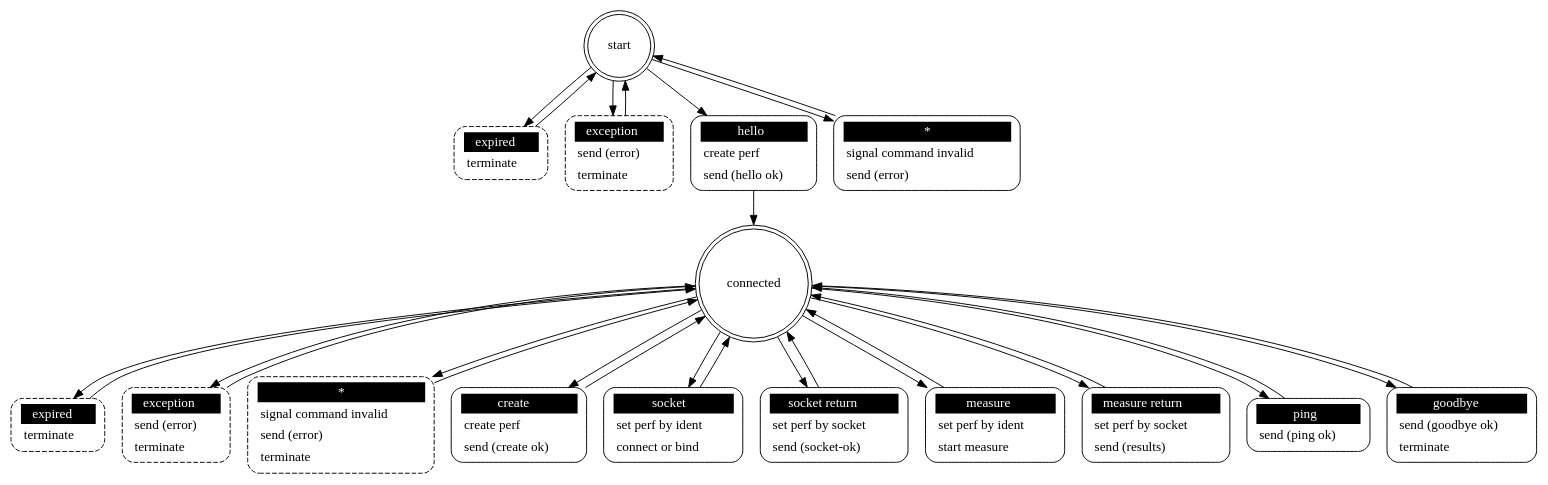
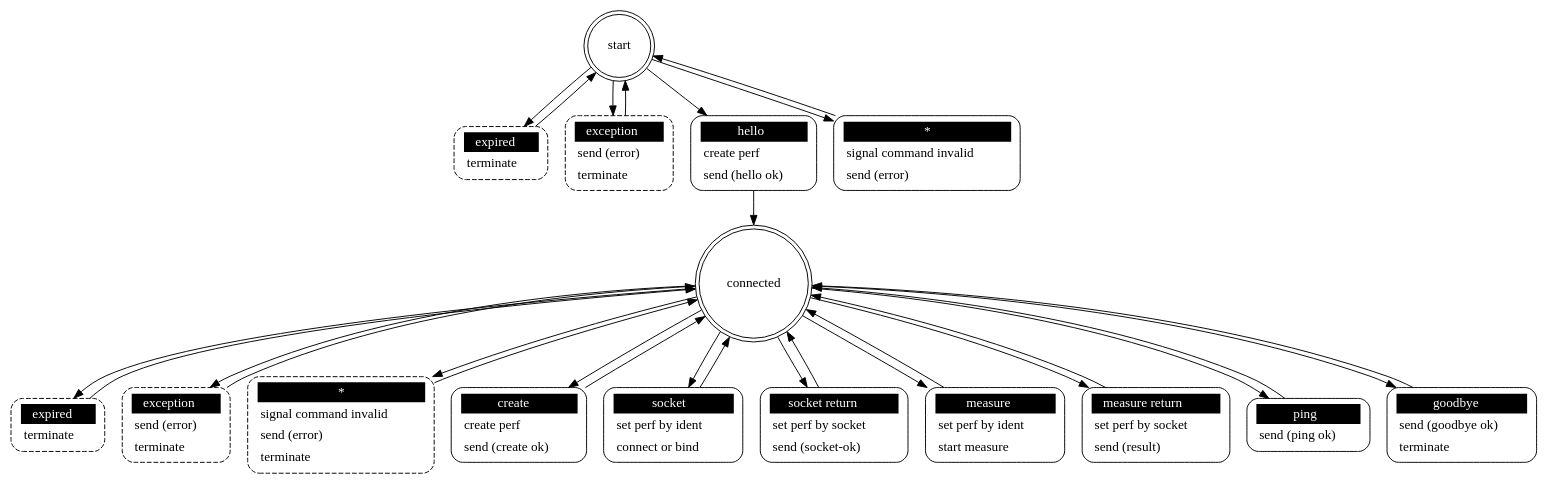
The diagram in src/zperf_server.dot (brettviren/zperfmq), drawn with Graphviz before and after one commit. The commit also changed 2 other files, not shown here.

```diff
--- a/src/zperf_server.dot
+++ b/src/zperf_server.dot
@@ -1,49 +1,49 @@
 ## Automatically generated from zperf_server.xml by gsl
 digraph "zperf_server" {
 
  "start" [shape = "doublecircle"];
  "start expired" [shape = "Mrecord" style = dashed label = <<table border="0" cellborder="0" cellpadding="3" bgcolor="white"><tr><td bgcolor="black" align="center" colspan="2"><font color="white">expired</font></td></tr><tr><td align="left" port="r3">terminate</td></tr></table>>];
  "start" -> "start expired";
  "start expired" -> "start";
  "start exception" [shape = "Mrecord" style = dashed label = <<table border="0" cellborder="0" cellpadding="3" bgcolor="white"><tr><td bgcolor="black" align="center" colspan="2"><font color="white">exception</font></td></tr><tr><td align="left" port="r3">send (error)</td></tr><tr><td align="left" port="r3">terminate</td></tr></table>>];
  "start" -> "start exception";
  "start exception" -> "start";
  "start hello" [shape = "Mrecord" style = solid label = <<table border="0" cellborder="0" cellpadding="3" bgcolor="white"><tr><td bgcolor="black" align="center" colspan="2"><font color="white">hello</font></td></tr><tr><td align="left" port="r3">create perf</td></tr><tr><td align="left" port="r3">send (hello ok)</td></tr></table>>];
  "start" -> "start hello";
  "start hello" -> "connected";
  "start *" [shape = "Mrecord" style = solid label = <<table border="0" cellborder="0" cellpadding="3" bgcolor="white"><tr><td bgcolor="black" align="center" colspan="2"><font color="white">*</font></td></tr><tr><td align="left" port="r3">signal command invalid</td></tr><tr><td align="left" port="r3">send (error)</td></tr></table>>];
  "start" -> "start *";
  "start *" -> "start";
 
  "connected" [shape = "doublecircle"];
  "connected expired" [shape = "Mrecord" style = dashed label = <<table border="0" cellborder="0" cellpadding="3" bgcolor="white"><tr><td bgcolor="black" align="center" colspan="2"><font color="white">expired</font></td></tr><tr><td align="left" port="r3">terminate</td></tr></table>>];
  "connected" -> "connected expired";
  "connected expired" -> "connected";
  "connected exception" [shape = "Mrecord" style = dashed label = <<table border="0" cellborder="0" cellpadding="3" bgcolor="white"><tr><td bgcolor="black" align="center" colspan="2"><font color="white">exception</font></td></tr><tr><td align="left" port="r3">send (error)</td></tr><tr><td align="left" port="r3">terminate</td></tr></table>>];
  "connected" -> "connected exception";
  "connected exception" -> "connected";
  "connected *" [shape = "Mrecord" style = dashed label = <<table border="0" cellborder="0" cellpadding="3" bgcolor="white"><tr><td bgcolor="black" align="center" colspan="2"><font color="white">*</font></td></tr><tr><td align="left" port="r3">signal command invalid</td></tr><tr><td align="left" port="r3">send (error)</td></tr><tr><td align="left" port="r3">terminate</td></tr></table>>];
  "connected" -> "connected *";
  "connected *" -> "connected";
  "connected create" [shape = "Mrecord" style = solid label = <<table border="0" cellborder="0" cellpadding="3" bgcolor="white"><tr><td bgcolor="black" align="center" colspan="2"><font color="white">create</font></td></tr><tr><td align="left" port="r3">create perf</td></tr><tr><td align="left" port="r3">send (create ok)</td></tr></table>>];
  "connected" -> "connected create";
  "connected create" -> "connected";
  "connected socket" [shape = "Mrecord" style = solid label = <<table border="0" cellborder="0" cellpadding="3" bgcolor="white"><tr><td bgcolor="black" align="center" colspan="2"><font color="white">socket</font></td></tr><tr><td align="left" port="r3">set perf by ident</td></tr><tr><td align="left" port="r3">connect or bind</td></tr></table>>];
  "connected" -> "connected socket";
  "connected socket" -> "connected";
  "connected socket return" [shape = "Mrecord" style = solid label = <<table border="0" cellborder="0" cellpadding="3" bgcolor="white"><tr><td bgcolor="black" align="center" colspan="2"><font color="white">socket return</font></td></tr><tr><td align="left" port="r3">set perf by socket</td></tr><tr><td align="left" port="r3">send (socket-ok)</td></tr></table>>];
  "connected" -> "connected socket return";
  "connected socket return" -> "connected";
  "connected measure" [shape = "Mrecord" style = solid label = <<table border="0" cellborder="0" cellpadding="3" bgcolor="white"><tr><td bgcolor="black" align="center" colspan="2"><font color="white">measure</font></td></tr><tr><td align="left" port="r3">set perf by ident</td></tr><tr><td align="left" port="r3">start measure</td></tr></table>>];
  "connected" -> "connected measure";
  "connected measure" -> "connected";
- "connected measure return" [shape = "Mrecord" style = solid label = <<table border="0" cellborder="0" cellpadding="3" bgcolor="white"><tr><td bgcolor="black" align="center" colspan="2"><font color="white">measure return</font></td></tr><tr><td align="left" port="r3">set perf by socket</td></tr><tr><td align="left" port="r3">send (results)</td></tr></table>>];
+ "connected measure return" [shape = "Mrecord" style = solid label = <<table border="0" cellborder="0" cellpadding="3" bgcolor="white"><tr><td bgcolor="black" align="center" colspan="2"><font color="white">measure return</font></td></tr><tr><td align="left" port="r3">set perf by socket</td></tr><tr><td align="left" port="r3">send (result)</td></tr></table>>];
  "connected" -> "connected measure return";
  "connected measure return" -> "connected";
  "connected ping" [shape = "Mrecord" style = solid label = <<table border="0" cellborder="0" cellpadding="3" bgcolor="white"><tr><td bgcolor="black" align="center" colspan="2"><font color="white">ping</font></td></tr><tr><td align="left" port="r3">send (ping ok)</td></tr></table>>];
  "connected" -> "connected ping";
  "connected ping" -> "connected";
  "connected goodbye" [shape = "Mrecord" style = solid label = <<table border="0" cellborder="0" cellpadding="3" bgcolor="white"><tr><td bgcolor="black" align="center" colspan="2"><font color="white">goodbye</font></td></tr><tr><td align="left" port="r3">send (goodbye ok)</td></tr><tr><td align="left" port="r3">terminate</td></tr></table>>];
  "connected" -> "connected goodbye";
  "connected goodbye" -> "connected";
 }
```
